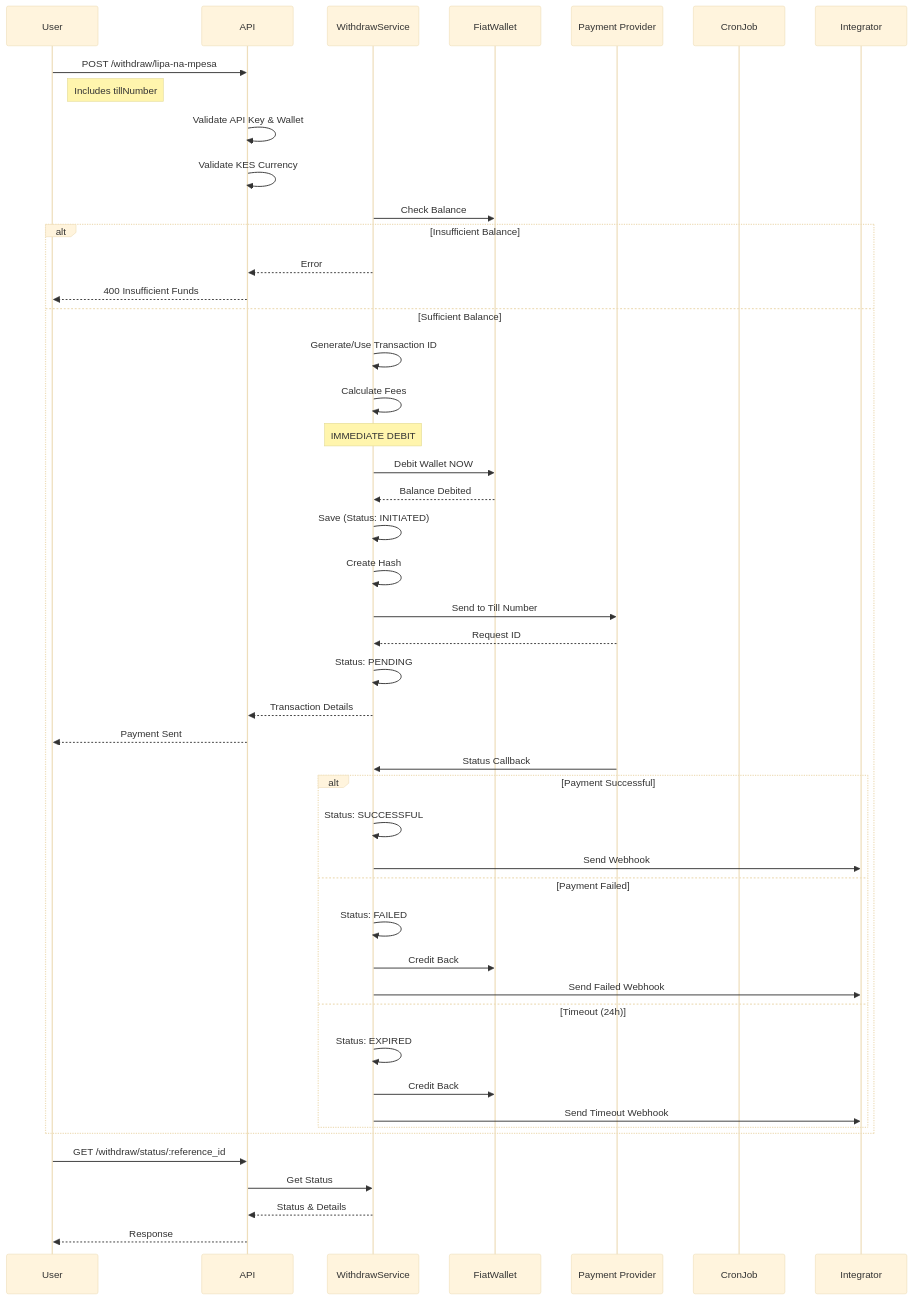
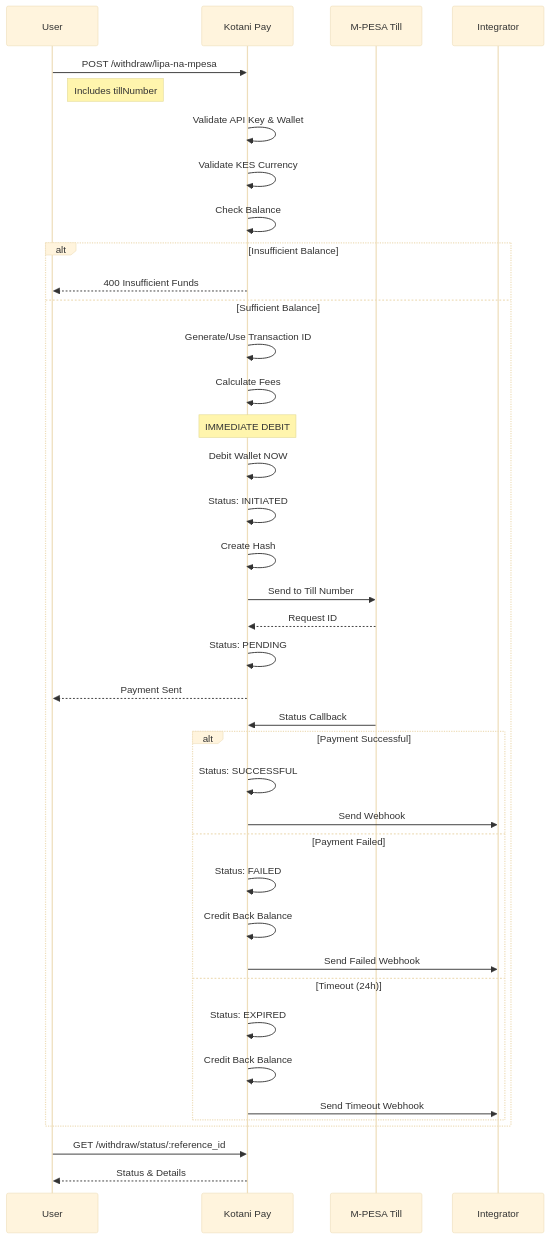
The third of 4 diagrams in v3/flows/withdrawal-flow.mdx (john-muinde/docs), drawn with Mermaid (base theme) before and after one commit. The commit also changed other lines of this file and 5 other files, not shown here.

````diff
--- a/v3/flows/withdrawal-flow.mdx
+++ b/v3/flows/withdrawal-flow.mdx
@@ -190,59 +176,50 @@
 ```mermaid
 sequenceDiagram
     participant User
-    participant API
-    participant WithdrawService
-    participant FiatWallet
-    participant Provider as Payment Provider
-    participant CronJob
+    participant Kotani Pay
+    participant M-PESA as M-PESA Till
     participant Integrator
 
-    User->>API: POST /withdraw/lipa-na-mpesa
+    User->>Kotani Pay: POST /withdraw/lipa-na-mpesa
     Note right of User: Includes tillNumber
-    API->>API: Validate API Key & Wallet
-    API->>API: Validate KES Currency
+    Kotani Pay->>Kotani Pay: Validate API Key & Wallet
+    Kotani Pay->>Kotani Pay: Validate KES Currency
+    Kotani Pay->>Kotani Pay: Check Balance
 
-    WithdrawService->>FiatWallet: Check Balance
     alt Insufficient Balance
-        WithdrawService-->>API: Error
-        API-->>User: 400 Insufficient Funds
+        Kotani Pay-->>User: 400 Insufficient Funds
     else Sufficient Balance
-        WithdrawService->>WithdrawService: Generate/Use Transaction ID
-        WithdrawService->>WithdrawService: Calculate Fees
+        Kotani Pay->>Kotani Pay: Generate/Use Transaction ID
+        Kotani Pay->>Kotani Pay: Calculate Fees
 
-        Note over WithdrawService: IMMEDIATE DEBIT
-        WithdrawService->>FiatWallet: Debit Wallet NOW
-        FiatWallet-->>WithdrawService: Balance Debited
+        Note over Kotani Pay: IMMEDIATE DEBIT
+        Kotani Pay->>Kotani Pay: Debit Wallet NOW
+        Kotani Pay->>Kotani Pay: Status: INITIATED
+        Kotani Pay->>Kotani Pay: Create Hash
 
-        WithdrawService->>WithdrawService: Save (Status: INITIATED)
-        WithdrawService->>WithdrawService: Create Hash
+        Kotani Pay->>M-PESA: Send to Till Number
+        M-PESA-->>Kotani Pay: Request ID
+        Kotani Pay->>Kotani Pay: Status: PENDING
+        Kotani Pay-->>User: Payment Sent
 
-        WithdrawService->>Provider: Send to Till Number
-        Provider-->>WithdrawService: Request ID
-        WithdrawService->>WithdrawService: Status: PENDING
-        WithdrawService-->>API: Transaction Details
-        API-->>User: Payment Sent
-
-        Provider->>WithdrawService: Status Callback
+        M-PESA->>Kotani Pay: Status Callback
 
         alt Payment Successful
-            WithdrawService->>WithdrawService: Status: SUCCESSFUL
-            WithdrawService->>Integrator: Send Webhook
+            Kotani Pay->>Kotani Pay: Status: SUCCESSFUL
+            Kotani Pay->>Integrator: Send Webhook
 
         else Payment Failed
-            WithdrawService->>WithdrawService: Status: FAILED
-            WithdrawService->>FiatWallet: Credit Back
-            WithdrawService->>Integrator: Send Failed Webhook
+            Kotani Pay->>Kotani Pay: Status: FAILED
+            Kotani Pay->>Kotani Pay: Credit Back Balance
+            Kotani Pay->>Integrator: Send Failed Webhook
 
         else Timeout (24h)
-            WithdrawService->>WithdrawService: Status: EXPIRED
-            WithdrawService->>FiatWallet: Credit Back
-            WithdrawService->>Integrator: Send Timeout Webhook
+            Kotani Pay->>Kotani Pay: Status: EXPIRED
+            Kotani Pay->>Kotani Pay: Credit Back Balance
+            Kotani Pay->>Integrator: Send Timeout Webhook
         end
     end
 
-    User->>API: GET /withdraw/status/:reference_id
-    API->>WithdrawService: Get Status
-    WithdrawService-->>API: Status & Details
-    API-->>User: Response
+    User->>Kotani Pay: GET /withdraw/status/:reference_id
+    Kotani Pay-->>User: Status & Details
 ```
````
